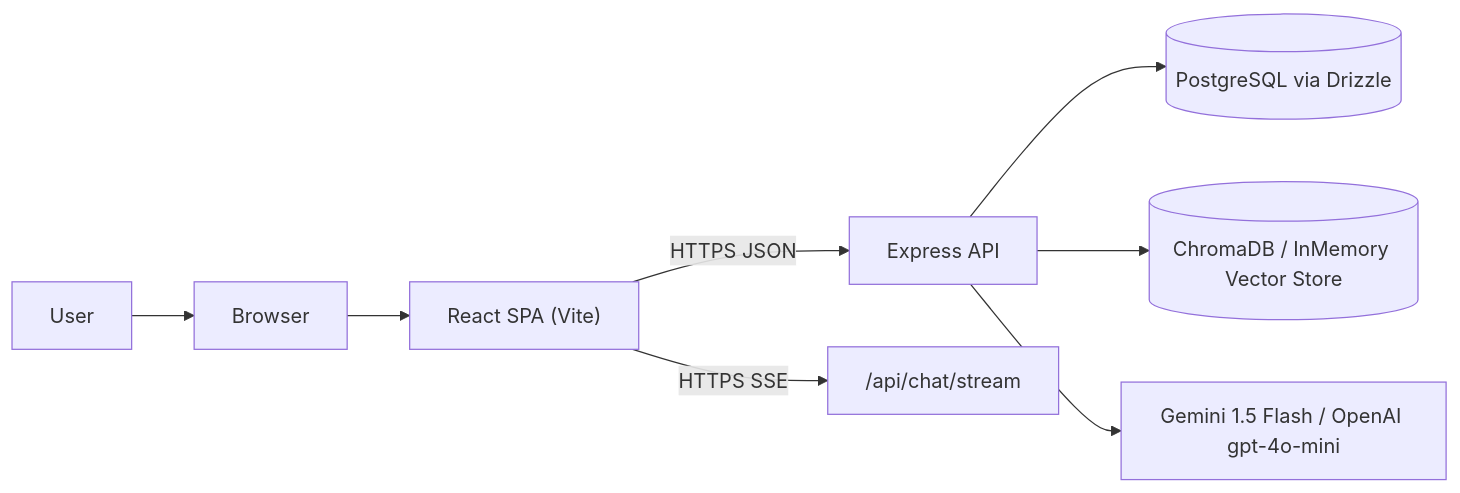
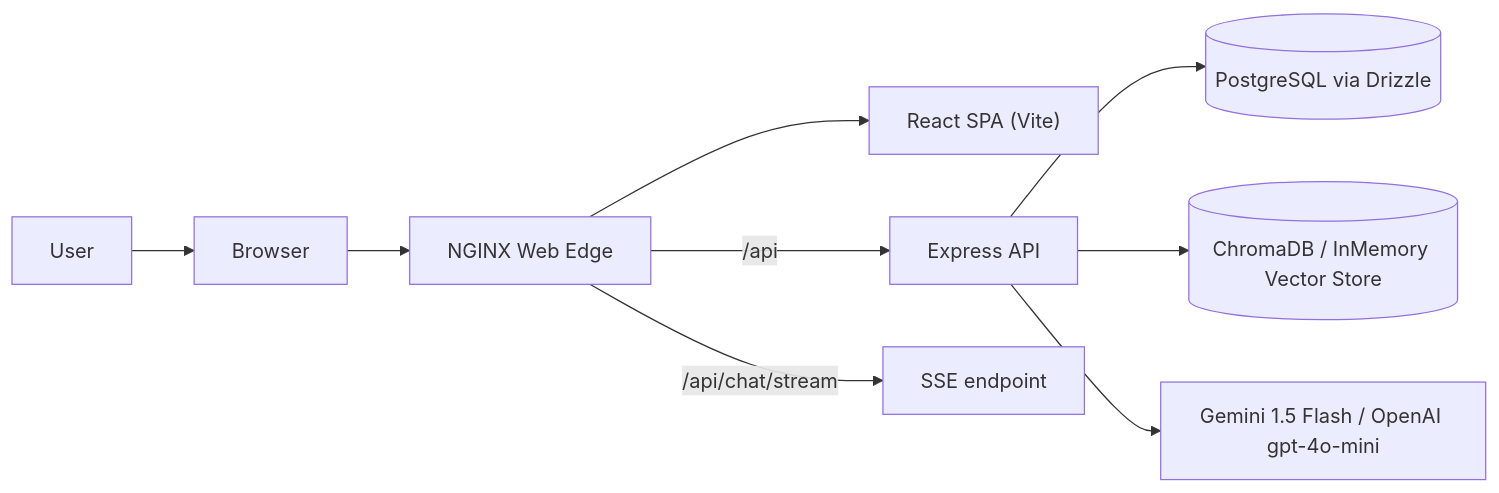
One commit to jasonjlcl/Skill-Forge- changed the first of 2 diagrams in Architecture.md. Above: the diagram before and after it, drawn with Mermaid. The commit also changed other lines of this file and 1 other file, not shown here.

Commit message:
docs: align readme and architecture with durable stream and migration flow

````diff
--- a/Architecture.md
+++ b/Architecture.md
@@ -9,11 +9,12 @@
 ```mermaid
 flowchart LR
   User --> Browser
-  Browser --> SPA["React SPA (Vite)"]
-  SPA -->|HTTPS JSON| API["Express API"]
-  SPA -->|HTTPS SSE| SSE["/api/chat/stream"]
+  Browser --> WEB["NGINX Web Edge"]
+  WEB --> SPA["React SPA (Vite)"]
+  WEB -->|/api| API["Express API"]
+  WEB -->|/api/chat/stream| SSE["SSE endpoint"]
 
   API --> DB[("PostgreSQL via Drizzle")]
   API --> VS[("ChromaDB / InMemory Vector Store")]
   API --> LLM["Gemini 1.5 Flash / OpenAI gpt-4o-mini"]
 ```
````
